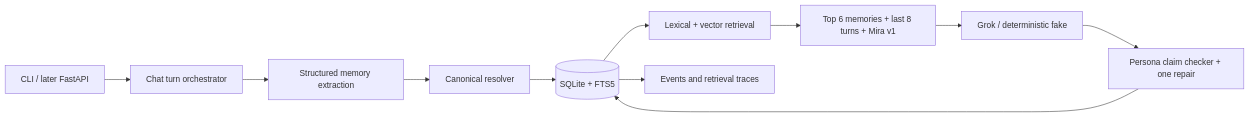
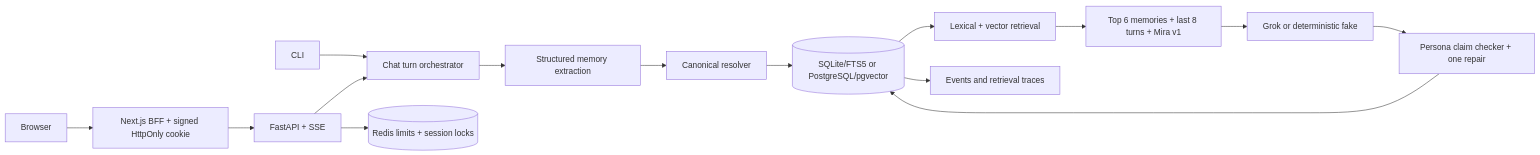
One commit to praveen202105/companion-ai-core-loop changed the diagram in README.md. Above: the diagram before and after it, drawn with Mermaid. The commit also changed other lines of this file and 3 other files, not shown here.

````diff
--- a/README.md
+++ b/README.md
@@ -32,13 +33,17 @@
 ```mermaid
 flowchart LR
-    CLI[CLI / later FastAPI] --> Turn[Chat turn orchestrator]
+    Browser --> BFF[Next.js BFF + signed HttpOnly cookie]
+    CLI[CLI] --> Turn[Chat turn orchestrator]
+    BFF --> API[FastAPI + SSE]
+    API --> Turn
     Turn --> Extract[Structured memory extraction]
     Extract --> Resolve[Canonical resolver]
-    Resolve --> Store[(SQLite + FTS5)]
+    Resolve --> Store[(SQLite/FTS5 or PostgreSQL/pgvector)]
     Store --> Retrieve[Lexical + vector retrieval]
     Retrieve --> Prompt[Top 6 memories + last 8 turns + Mira v1]
-    Prompt --> Grok[Grok / deterministic fake]
+    Prompt --> Grok[Grok or deterministic fake]
     Grok --> Guard[Persona claim checker + one repair]
     Guard --> Store
     Store --> Trace[Events and retrieval traces]
+    API --> Redis[(Redis limits + session locks)]
 ```
````
